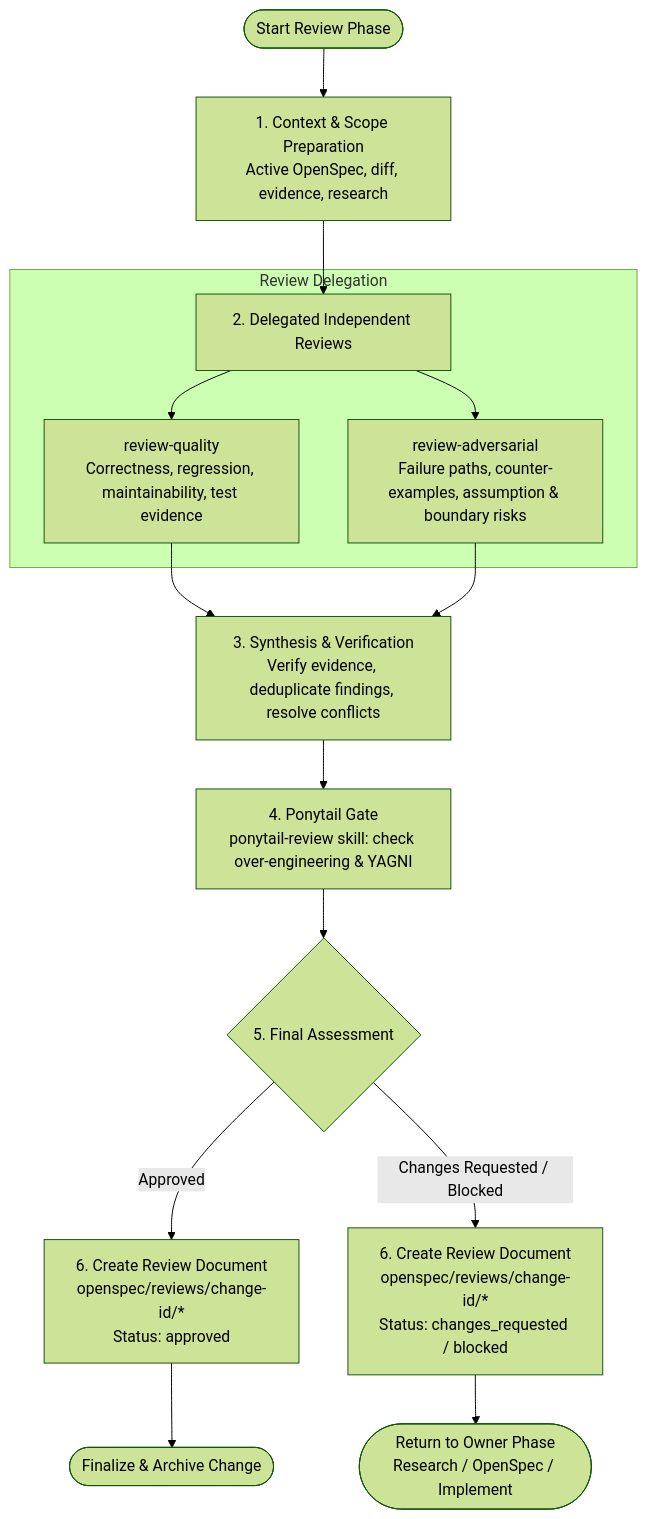
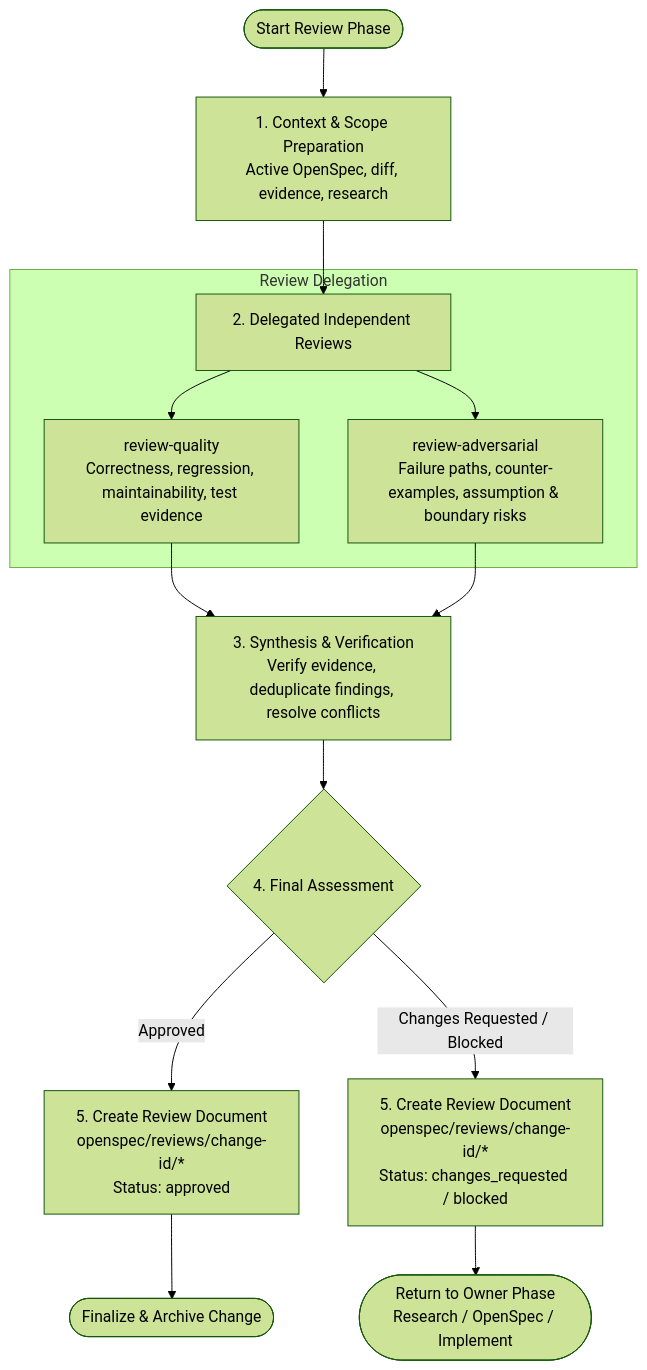
The diagram in .github/agents/review-lead.agent.md (mols3131d/hmda-data-reliability), drawn with Mermaid (forest theme) before and after one commit. The commit also changed other lines of this file, not shown here.

Commit message:
docs: update review-lead.agent.md for clarity and workflow adjustments

````diff
--- a/.github/agents/review-lead.agent.md
+++ b/.github/agents/review-lead.agent.md
@@ -51,24 +51,22 @@
 ```mermaid
 flowchart TD
-    Start([Start Review Phase]) --> Prep[1. Context & Scope Preparation<br/>Active OpenSpec, diff, evidence, research]
-    
-    Prep --> ParallelP[2. Delegated Independent Reviews]
-    
-    subgraph Review Delegation
-        ParallelP --> Quality[review-quality<br/>Correctness, regression, maintainability, test evidence]
-        ParallelP --> Adversarial[review-adversarial<br/>Failure paths, counter-examples, assumption & boundary risks]
+    Start([Start Review Phase]) --> Prep["1. Context & Scope Preparation<br/>Active OpenSpec, diff, evidence, research"]
+
+    Prep --> ParallelP["2. Delegated Independent Reviews"]
+
+    subgraph ReviewDelegation["Review Delegation"]
+        ParallelP --> Quality["review-quality<br/>Correctness, regression, maintainability, test evidence"]
+        ParallelP --> Adversarial["review-adversarial<br/>Failure paths, counter-examples, assumption & boundary risks"]
     end
-    
-    Quality --> Synthesis[3. Synthesis & Verification<br/>Verify evidence, deduplicate findings, resolve conflicts]
+
+    Quality --> Synthesis["3. Synthesis & Verification<br/>Verify evidence, deduplicate findings, resolve conflicts"]
     Adversarial --> Synthesis
-    
-    Synthesis --> Ponytail[4. Ponytail Gate<br/>ponytail-review skill: check over-engineering & YAGNI]
-    
-    Ponytail --> Decision{5. Final Assessment}
-    
-    Decision -- Approved --> PassDoc[6. Create Review Document<br/>openspec/reviews/change-id/*<br/>Status: approved]
-    Decision -- Changes Requested / Blocked --> ReturnOwner[6. Create Review Document<br/>openspec/reviews/change-id/*<br/>Status: changes_requested / blocked]
-    
+
+    Synthesis --> Decision{"4. Final Assessment"}
+
+    Decision -- Approved --> PassDoc["5. Create Review Document<br/>openspec/reviews/change-id/*<br/>Status: approved"]
+    Decision -- Changes Requested / Blocked --> ReturnOwner["5. Create Review Document<br/>openspec/reviews/change-id/*<br/>Status: changes_requested / blocked"]
+
     PassDoc --> End([Finalize & Archive Change])
     ReturnOwner --> ReturnPhase([Return to Owner Phase<br/>Research / OpenSpec / Implement])
 ```
````
